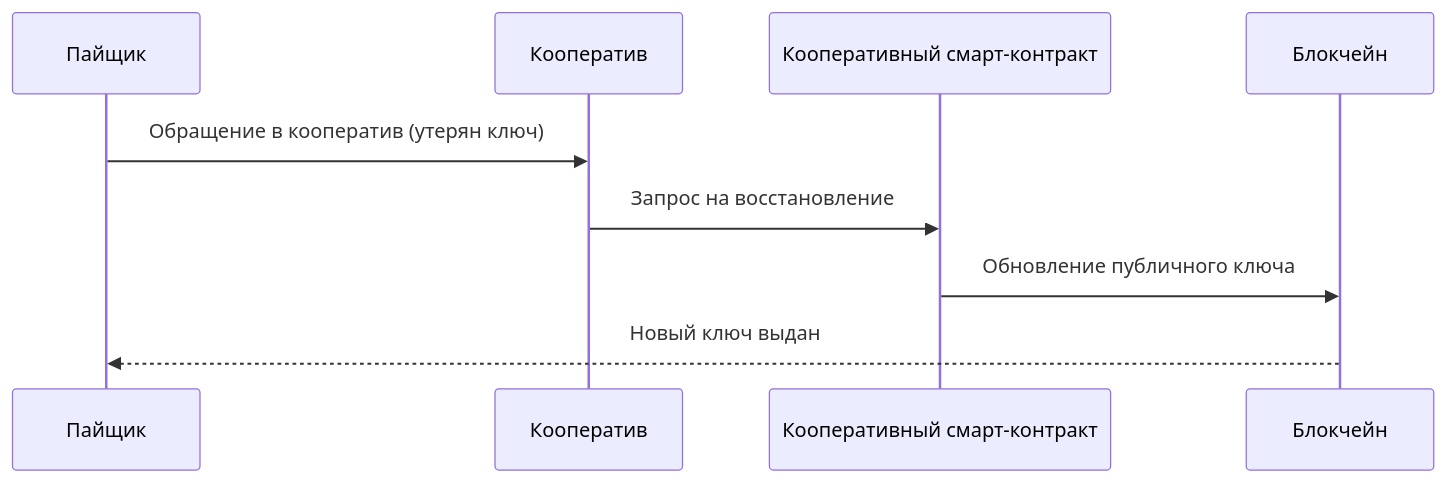
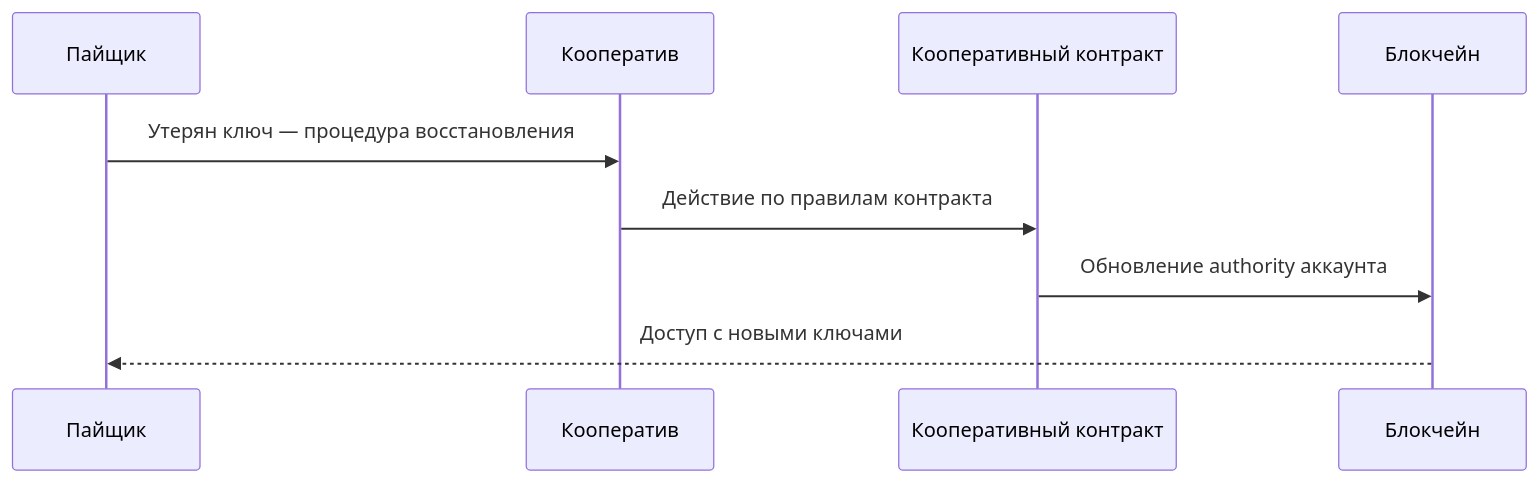
Before and after one commit to coopenomics/coopenomics: the fourth of 4 diagrams in docs/documentation/blockchain/accounts.md, drawn with Mermaid. The commit also changed other lines of this file and 260 other files, not shown here.

````diff
--- a/docs/documentation/blockchain/accounts.md
+++ b/docs/documentation/blockchain/accounts.md
@@ -110,13 +75,11 @@
 ```mermaid
 sequenceDiagram
     participant Пайщик as Пайщик
     participant Кооператив as Кооператив
-    participant СмартКонтракт as Кооперативный смарт-контракт
+    participant СмартКонтракт as Кооперативный контракт
     participant Блокчейн as Блокчейн
-
-    Пайщик->>Кооператив: Обращение в кооператив (утерян ключ)
-    Кооператив->>СмартКонтракт: Запрос на восстановление
-    СмартКонтракт->>Блокчейн: Обновление публичного ключа
-    Блокчейн-->>Пайщик: Новый ключ выдан
-
+    Пайщик->>Кооператив: Утерян ключ — процедура восстановления
+    Кооператив->>СмартКонтракт: Действие по правилам контракта
+    СмартКонтракт->>Блокчейн: Обновление authority аккаунта
+    Блокчейн-->>Пайщик: Доступ с новыми ключами
 ```
````
